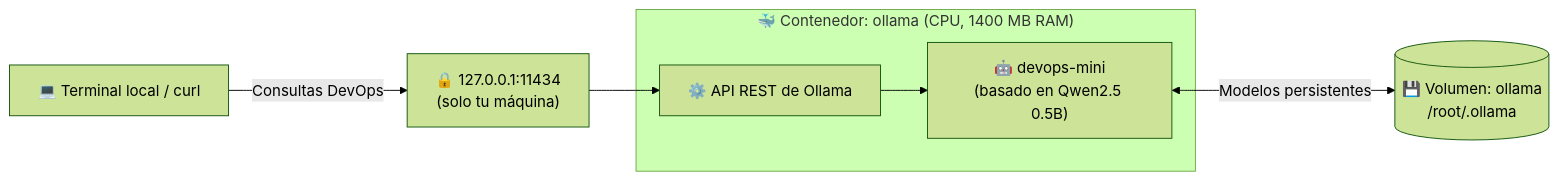
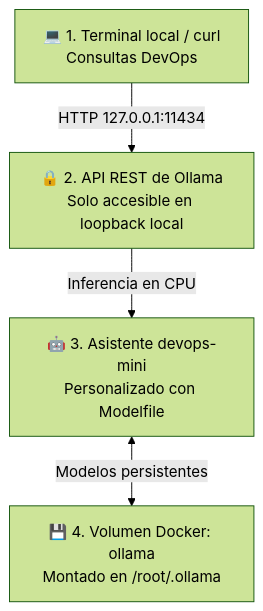
The diagram in semana-00-fundamentos-docker/1.ejemplos/06-ia-local-ollama/README.md (Camilaux/Fundamentos-Kubernetes), drawn with Mermaid (forest theme) before and after one commit.

Commit message:
docs(ejemplo-06): simplificar diagrama mermaid a flowchart TD vertical

````diff
--- a/semana-00-fundamentos-docker/1.ejemplos/06-ia-local-ollama/README.md
+++ b/semana-00-fundamentos-docker/1.ejemplos/06-ia-local-ollama/README.md
@@ -15,9 +15,6 @@
 ```mermaid
-flowchart LR
-    U["💻 Terminal local / curl"] -->|"Consultas DevOps"| P["🔒 127.0.0.1:11434<br/>(solo tu máquina)"]
-    subgraph C ["🐳 Contenedor: ollama (CPU, 1400 MB RAM)"]
-        API["⚙️ API REST de Ollama"] --> M["🤖 devops-mini<br/>(basado en Qwen2.5 0.5B)"]
-    end
-    P --> API
-    M <-->|"Modelos persistentes"| V[("💾 Volumen: ollama<br/>/root/.ollama")]
+flowchart TD
+    U["💻 1. Terminal local / curl<br/>Consultas DevOps"] -->|"HTTP 127.0.0.1:11434"| P["🔒 2. API REST de Ollama<br/>Solo accesible en loopback local"]
+    P -->|"Inferencia en CPU"| M["🤖 3. Asistente devops-mini<br/>Personalizado con Modelfile"]
+    M <-->|"Modelos persistentes"| V["💾 4. Volumen Docker: ollama<br/>Montado en /root/.ollama"]
 ```
````
